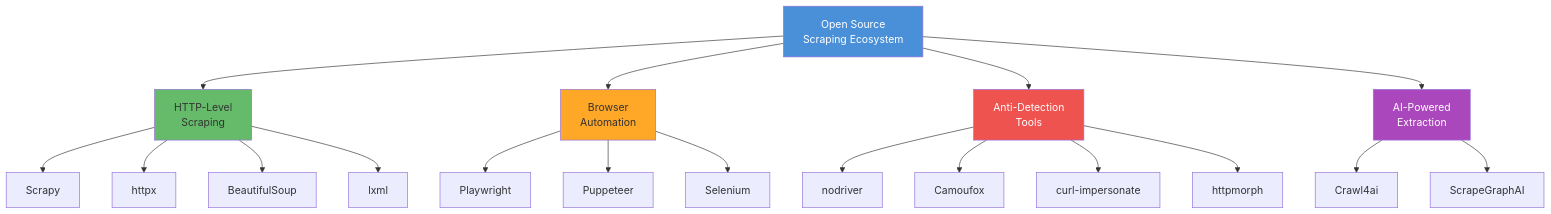
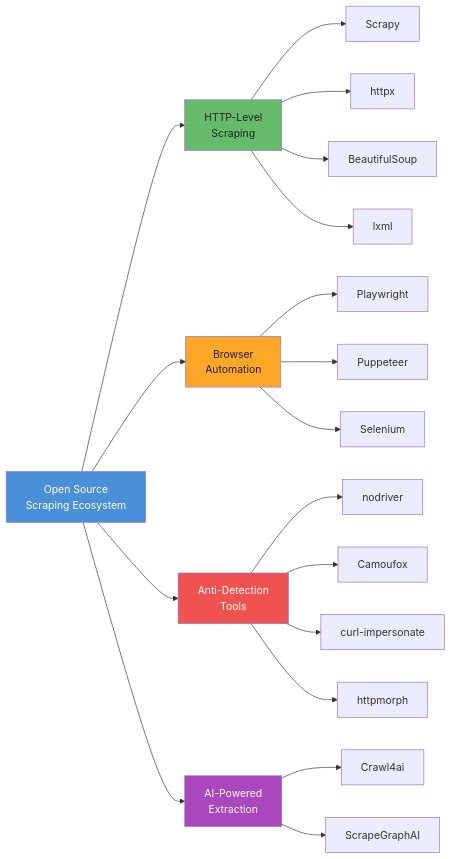
Before and after one commit to bytetunnels/bytetunnels.github.com: the sixth of 7 diagrams in _posts/2026-02-10-web-scraping-industry-2026-market-size-trends.md, drawn with Mermaid. The commit also changed other lines of this file and 118 other files, not shown here.

Commit message:
feat: improve diagram styling and compact wide flowcharts

````diff
--- a/_posts/2026-02-10-web-scraping-industry-2026-market-size-trends.md
+++ b/_posts/2026-02-10-web-scraping-industry-2026-market-size-trends.md
@@ -362,30 +362,30 @@
 ```mermaid
-flowchart TD
-    A["Open Source<br>Scraping Ecosystem"] --> B["HTTP-Level<br>Scraping"]
-    A --> C["Browser<br>Automation"]
-    A --> D["Anti-Detection<br>Tools"]
-    A --> E["AI-Powered<br>Extraction"]
+flowchart LR
+    A["Open Source<br/>Scraping Ecosystem"] --> B["HTTP-Level<br/>Scraping"]
+    A --> C["Browser<br/>Automation"]
+    A --> D["Anti-Detection<br/>Tools"]
+    A --> E["AI-Powered<br/>Extraction"]
 
     B --> B1["Scrapy"]
     B --> B2["httpx"]
     B --> B3["BeautifulSoup"]
     B --> B4["lxml"]
 
     C --> C1["Playwright"]
     C --> C2["Puppeteer"]
     C --> C3["Selenium"]
 
     D --> D1["nodriver"]
     D --> D2["Camoufox"]
     D --> D3["curl-impersonate"]
     D --> D4["httpmorph"]
 
     E --> E1["Crawl4ai"]
     E --> E2["ScrapeGraphAI"]
 
     style A fill:#4a90d9,color:#fff
-    style B fill:#66bb6a
-    style C fill:#ffa726
+    style B fill:#66bb6a,color:#1f2328
+    style C fill:#ffa726,color:#1f2328
     style D fill:#ef5350,color:#fff
     style E fill:#ab47bc,color:#fff
 ```
````
